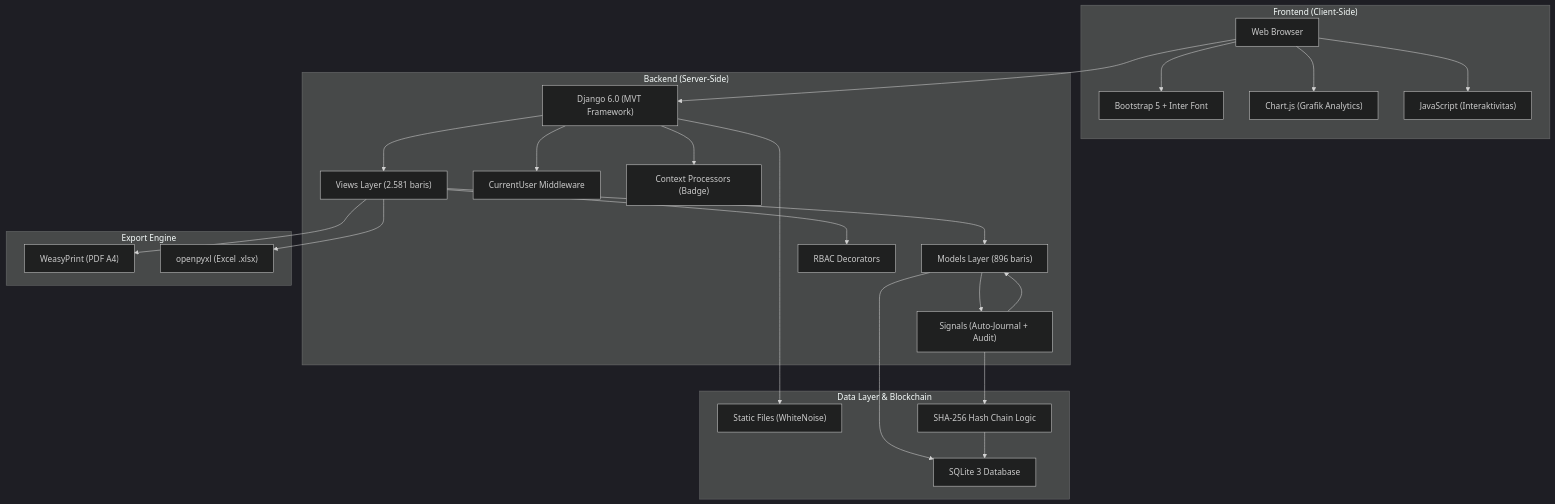
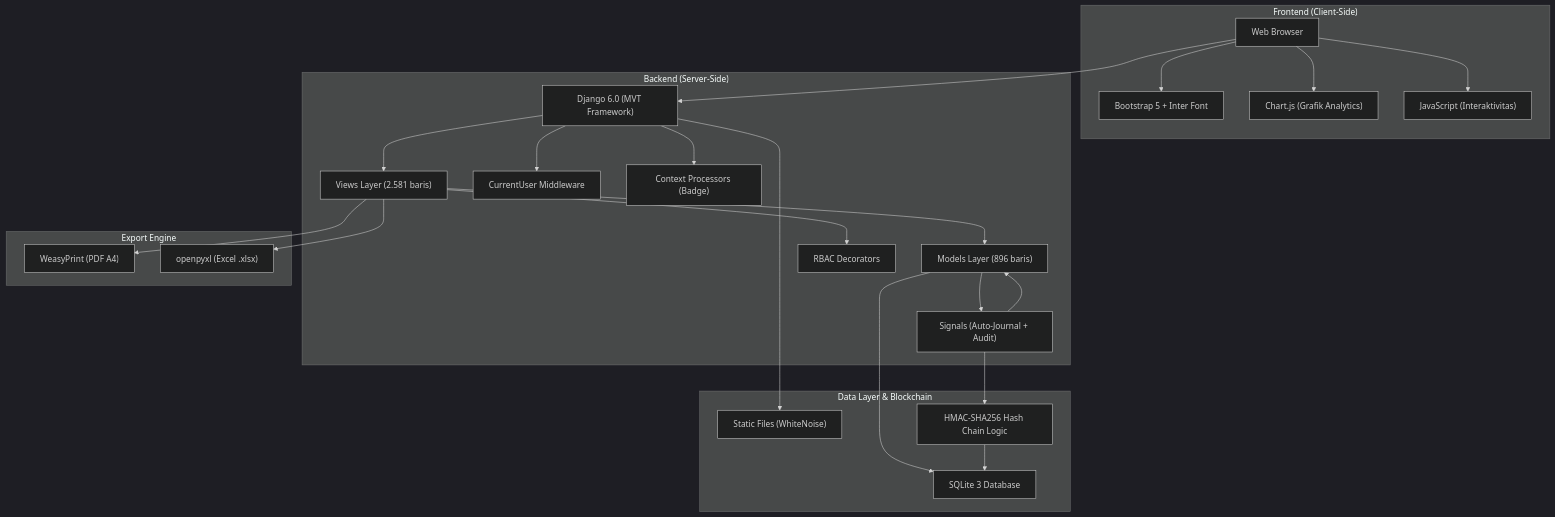
Before and after one commit to bmmcargo/dashboard-accountant: the fourth of 7 diagrams in README.md, drawn with Mermaid (dark theme). The commit also changed other lines of this file and 7 other files, not shown here.

Commit message:
feat: enhance blockchain audit trail with HMAC-SHA256, add integrity verification tests, and improve documentation

````diff
--- a/README.md
+++ b/README.md
@@ -391,48 +393,48 @@
 ```mermaid
 graph TB
     subgraph "Frontend (Client-Side)"
         Browser["Web Browser"]
         BS5["Bootstrap 5 + Inter Font"]
         ChartJS["Chart.js (Grafik Analytics)"]
         JS["JavaScript (Interaktivitas)"]
     end
 
     subgraph "Backend (Server-Side)"
         Django["Django 6.0 (MVT Framework)"]
         Views["Views Layer (2.581 baris)"]
         Models["Models Layer (896 baris)"]
         Signals["Signals (Auto-Journal + Audit)"]
         Decorators["RBAC Decorators"]
         Middleware["CurrentUser Middleware"]
         CtxProc["Context Processors (Badge)"]
     end
 
     subgraph "Data Layer & Blockchain"
         SQLite["SQLite 3 Database"]
         Static["Static Files (WhiteNoise)"]
-        HashChain["SHA-256 Hash Chain Logic"]
+        HashChain["HMAC-SHA256 Hash Chain Logic"]
     end
 
     subgraph "Export Engine"
         WeasyPrint["WeasyPrint (PDF A4)"]
         OpenPyXL["openpyxl (Excel .xlsx)"]
     end
 
     Browser --> Django
     Django --> Views
     Views --> Models
     Views --> WeasyPrint
     Views --> OpenPyXL
     Models --> SQLite
     Models --> Signals
     Signals --> Models
     Signals --> HashChain
     HashChain --> SQLite
     Django --> Middleware
     Django --> CtxProc
     Views --> Decorators
     Django --> Static
     Browser --> BS5
     Browser --> ChartJS
     Browser --> JS
 ```
````
